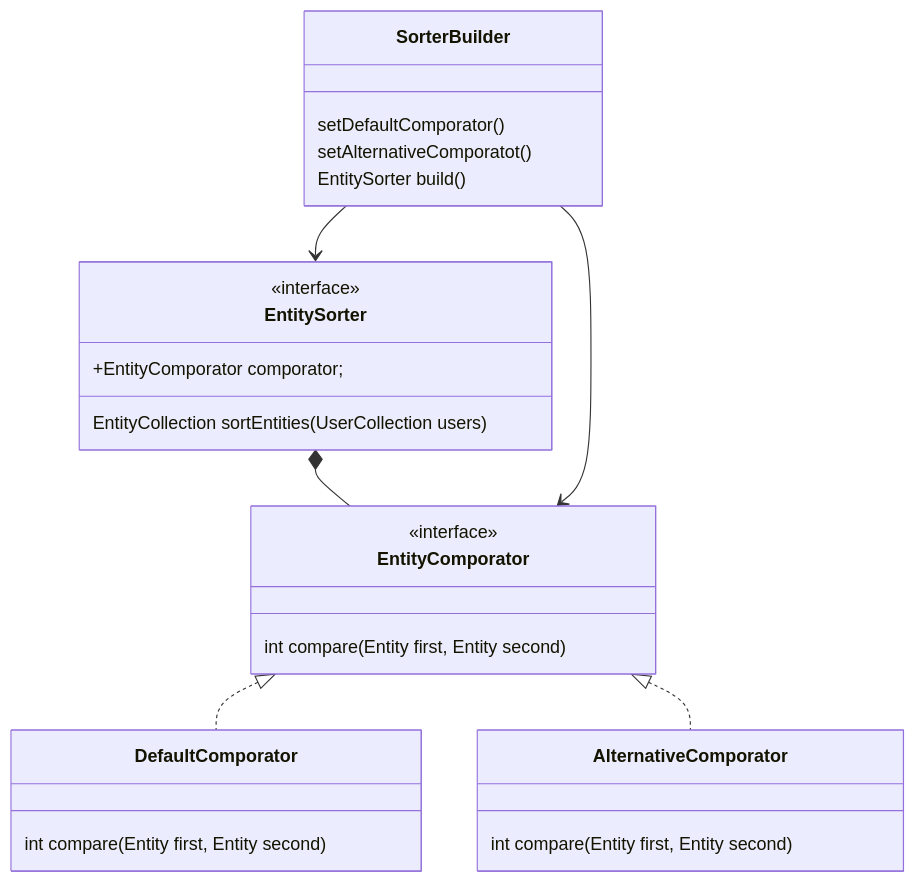
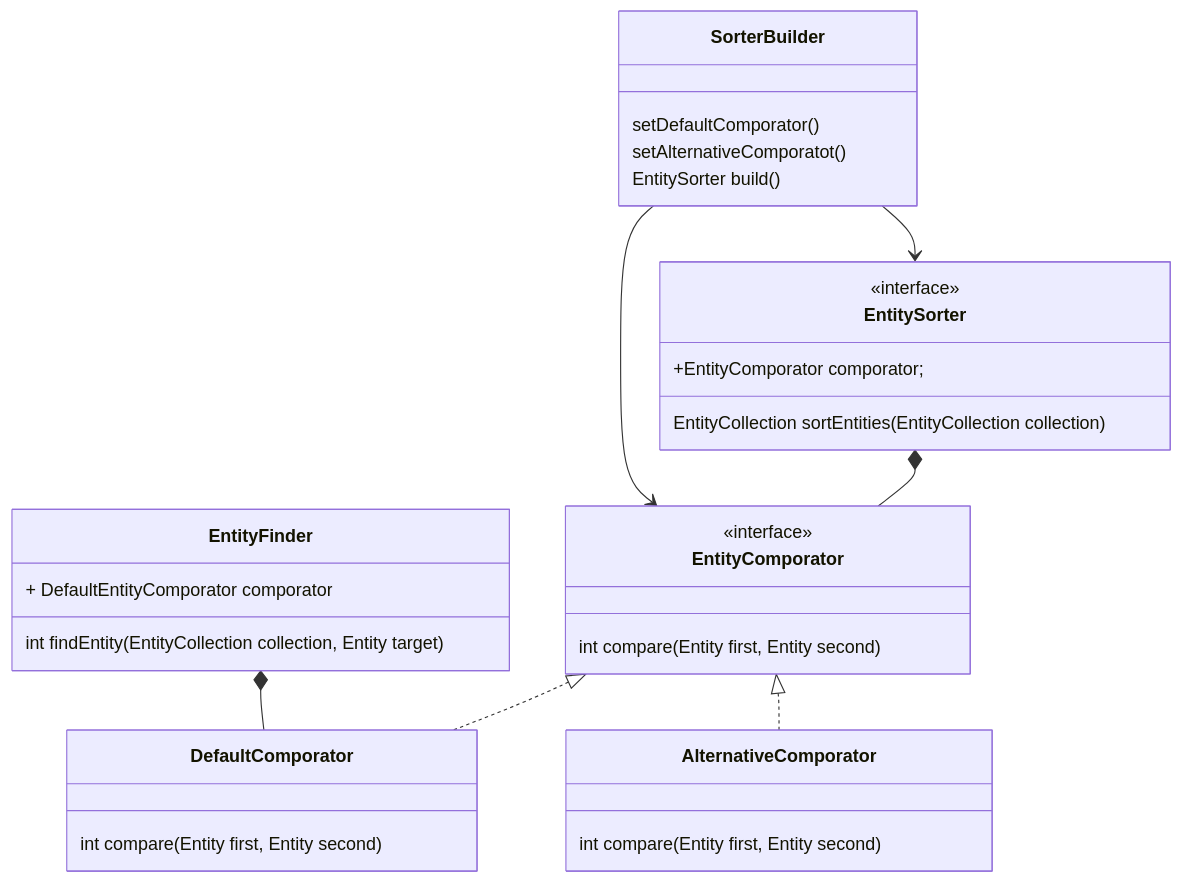
One commit to ColAshN65/FirstTeamProject changed the fourth of 6 diagrams in README.md. Above: the diagram before and after it, drawn with Mermaid. The commit also changed other lines of this file, not shown here.

Commit message:
Readme relations coorrections. Add EntityFinder.

````diff
--- a/README.md
+++ b/README.md
@@ -98,33 +102,41 @@
 ```mermaid
 classDiagram
 
   EntityComporator <|.. DefaultComporator
   EntityComporator <|.. AlternativeComporator
   EntitySorter *-- EntityComporator
+  EntityFinder *-- DefaultComporator
   SorterBuilder --> EntityComporator
   SorterBuilder --> EntitySorter
+
+  class EntityFinder{
+    + DefaultEntityComporator comporator
+
+    int findEntity(EntityCollection collection, Entity target)
+
+  }
 
   class EntitySorter{
     <<interface>>
     +EntityComporator сomporator;
 
-    EntityCollection sortEntities(UserCollection users)
+    EntityCollection sortEntities(EntityCollection collection)
   }
 
   class SorterBuilder{
     setDefaultComporator()
     setAlternativeComporatot()
     EntitySorter build()
   }
 
   class EntityComporator{
     <<interface>>
     int compare(Entity first, Entity second)
   }
   class DefaultComporator{
     int compare(Entity first, Entity second)
   }
   class AlternativeComporator{
     int compare(Entity first, Entity second)
   }
 ```
````
